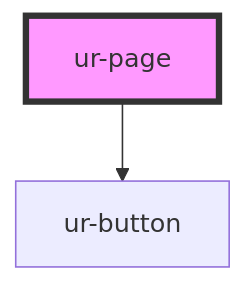
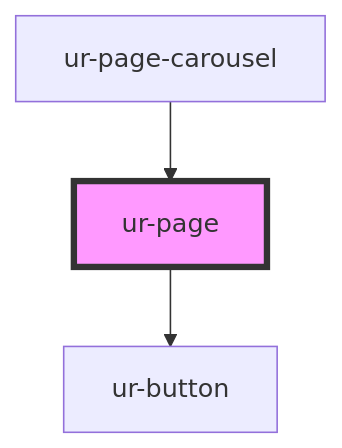
One commit to hellish/urnovl-web-components changed the diagram in src/components/ur-page/readme.md. Above: the diagram before and after it, drawn with Mermaid. The commit also changed other lines of this file and 24 other files, not shown here.

Commit message:
Updates on Page, User, UserCarousel, PageCarousel components

````diff
--- a/src/components/ur-page/readme.md
+++ b/src/components/ur-page/readme.md
@@ -34,5 +43,6 @@
 ```mermaid
 graph TD;
   ur-page --> ur-button
+  ur-page-carousel --> ur-page
   style ur-page fill:#f9f,stroke:#333,stroke-width:4px
 ```
````
